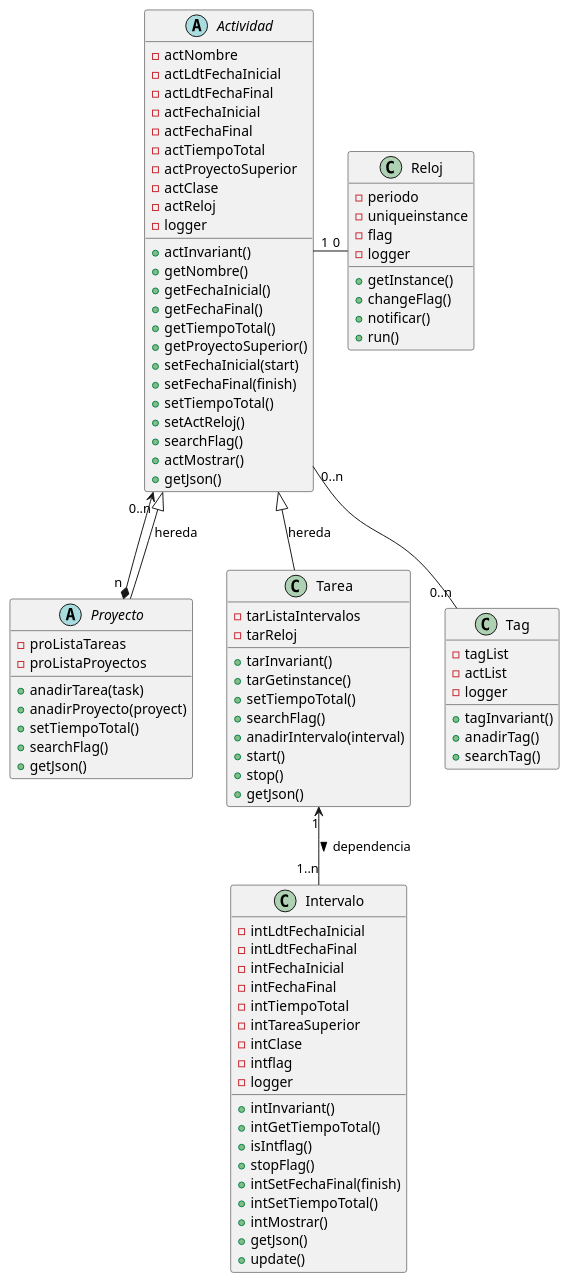
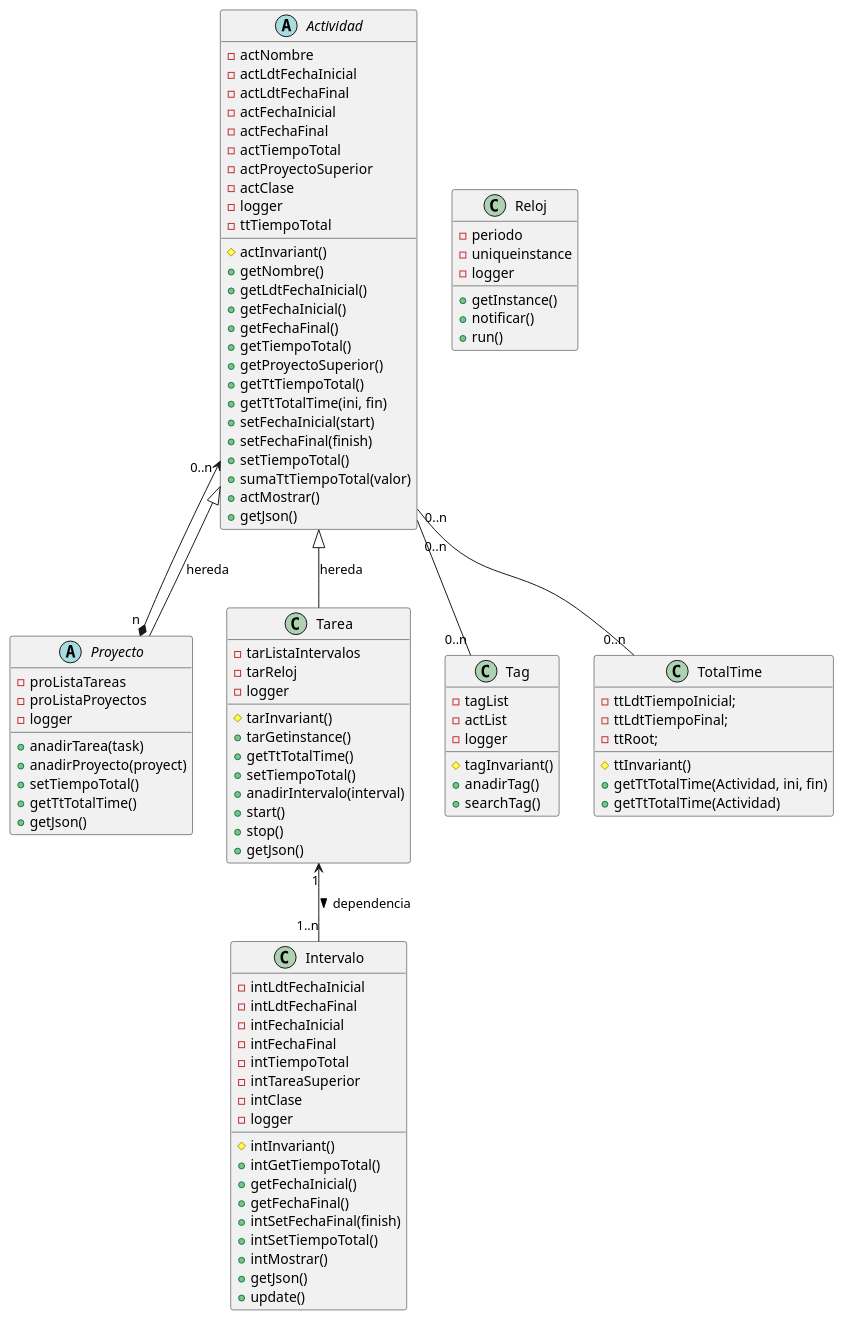
The diagram in Now/TimeTracker/TimeTrackerUML.puml (joan-mata/TimeTracker), drawn with PlantUML before and after one commit. The commit also changed 25 other files, not shown here.

```diff
--- a/Now/TimeTracker/TimeTrackerUML.puml
+++ b/Now/TimeTracker/TimeTrackerUML.puml
@@ -1,106 +1,116 @@
 @startuml
 
-Actividad "1" - "0" Reloj
 Actividad "0..n" <--* "n " Proyecto
 Actividad <|-- Proyecto : hereda
 Actividad <|-- Tarea : hereda
 Tarea "1" <-- "1..n" Intervalo : dependencia >
 Actividad "0..n" -- "0..n" Tag
+Actividad "0..n" -- "0..n" TotalTime
 
 Abstract Actividad {
 -actNombre
 -actLdtFechaInicial
 -actLdtFechaFinal
 -actFechaInicial
 -actFechaFinal
 -actTiempoTotal
 -actProyectoSuperior
 -actClase
--actReloj
 -logger
+-ttTiempoTotal
 
-+actInvariant()
+#actInvariant()
 +getNombre()
++getLdtFechaInicial()
 +getFechaInicial()
 +getFechaFinal()
 +getTiempoTotal()
 +getProyectoSuperior()
++getTtTiempoTotal()
++getTtTotalTime(ini, fin)
 +setFechaInicial(start)
 +setFechaFinal(finish)
 +setTiempoTotal()
-+setActReloj()
-+searchFlag()
++sumaTtTiempoTotal(valor)
 +actMostrar()
 +getJson()
 }
 
 Abstract Proyecto {
 -proListaTareas
 -proListaProyectos
+-logger
 
 +anadirTarea(task)
 +anadirProyecto(proyect)
 +setTiempoTotal()
-+searchFlag()
++getTtTotalTime()
 +getJson()
 }
 
 Class Tarea {
 -tarListaIntervalos
 -tarReloj
+-logger
 
-+tarInvariant()
+#tarInvariant()
 +tarGetinstance()
++getTtTotalTime()
 +setTiempoTotal()
-+searchFlag()
 +anadirIntervalo(interval)
 +start()
 +stop()
 +getJson()
 }
 
 Class Intervalo {
 -intLdtFechaInicial
 -intLdtFechaFinal
 -intFechaInicial
 -intFechaFinal
 -intTiempoTotal
 -intTareaSuperior
 -intClase
--intflag
 -logger
 
-+intInvariant()
+#intInvariant()
 +intGetTiempoTotal()
-+isIntflag()
-+stopFlag()
++getFechaInicial()
++getFechaFinal()
 +intSetFechaFinal(finish)
 +intSetTiempoTotal()
 +intMostrar()
 +getJson()
 +update()
 }
 
 Class Tag{
 -tagList
 -actList
 -logger
 
-+tagInvariant()
+#tagInvariant()
 +anadirTag()
 +searchTag()
+}
+Class TotalTime {
+-ttLdtTiempoInicial;
+-ttLdtTiempoFinal;
+-ttRoot;
+
+#ttInvariant()
++getTtTotalTime(Actividad, ini, fin)
++getTtTotalTime(Actividad)
 }
 
 Class Reloj {
 -periodo
 -uniqueinstance
--flag
 -logger
 
 +getInstance()
-+changeFlag()
 +notificar()
 +run()
 }
 
 @enduml
```
